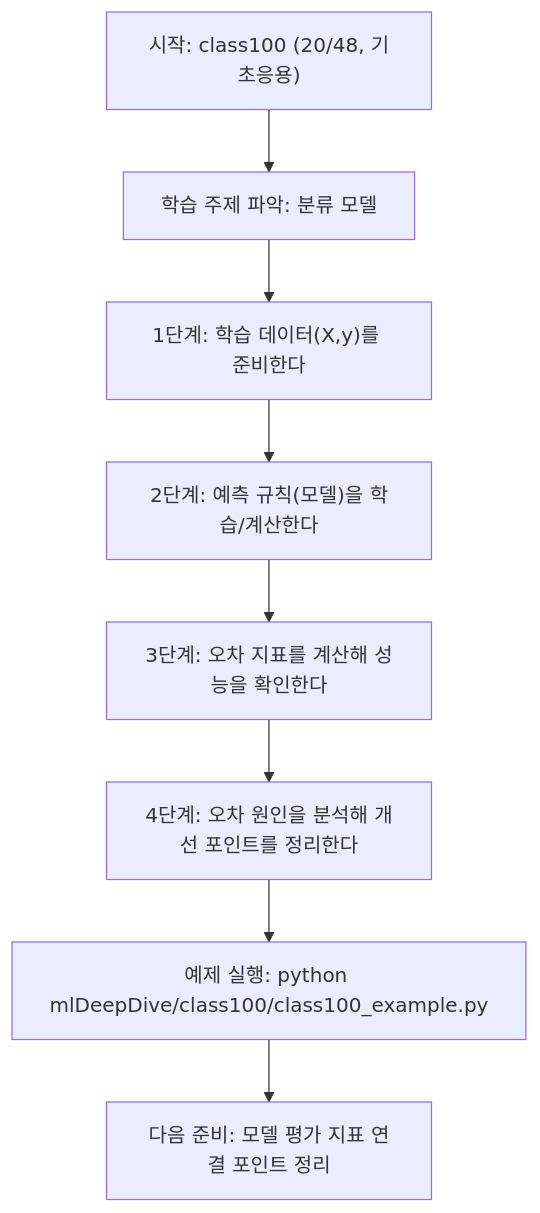
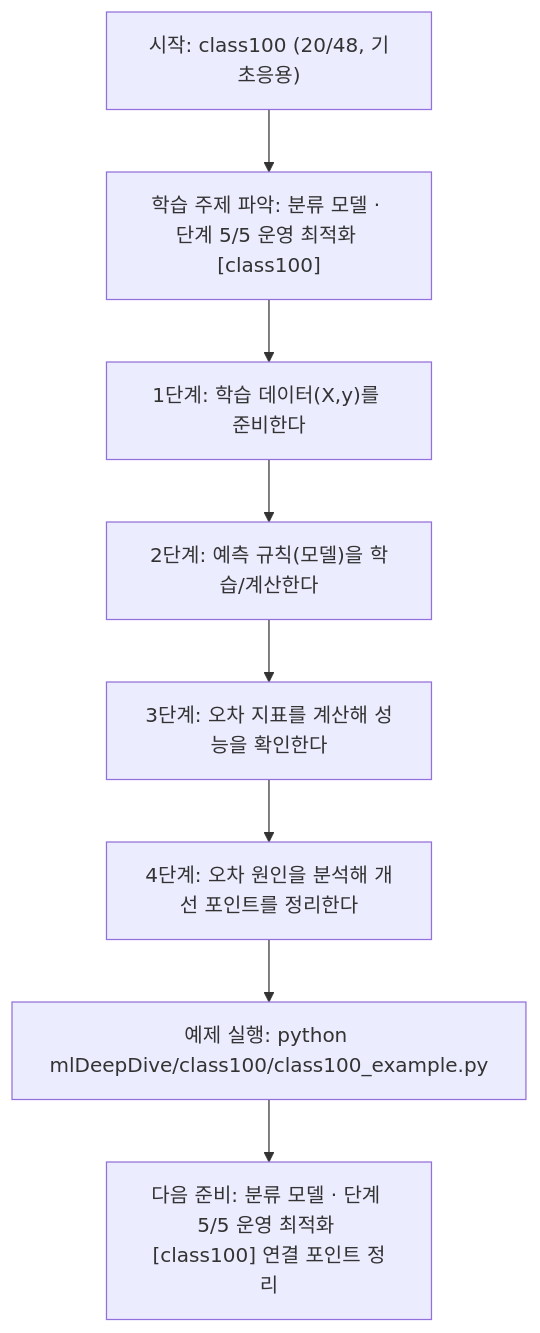
The diagram in mlDeepDive/class100/class100.md (edumgt/Python-AI_Agent-Class), drawn with Mermaid before and after one commit. The commit also changed other lines of this file and 522 other files, not shown here.

````diff
--- a/mlDeepDive/class100/class100.md
+++ b/mlDeepDive/class100/class100.md
@@ -108,18 +109,18 @@
 ```mermaid
 flowchart TD
 N1["시작: class100 (20/48, 기초응용)"]
-N2["학습 주제 파악: 분류 모델"]
+N2["학습 주제 파악: 분류 모델 · 단계 5/5 운영 최적화 [class100]"]
 N3["1단계: 학습 데이터(X,y)를 준비한다"]
 N4["2단계: 예측 규칙(모델)을 학습/계산한다"]
 N5["3단계: 오차 지표를 계산해 성능을 확인한다"]
 N6["4단계: 오차 원인을 분석해 개선 포인트를 정리한다"]
 N7["예제 실행: python mlDeepDive/class100/class100_example.py"]
-N8["다음 준비: 모델 평가 지표 연결 포인트 정리"]
+N8["다음 준비: 분류 모델 · 단계 5/5 운영 최적화 [class100] 연결 포인트 정리"]
 N1 --> N2
 N2 --> N3
 N3 --> N4
 N4 --> N5
 N5 --> N6
 N6 --> N7
 N7 --> N8
 ```
````
